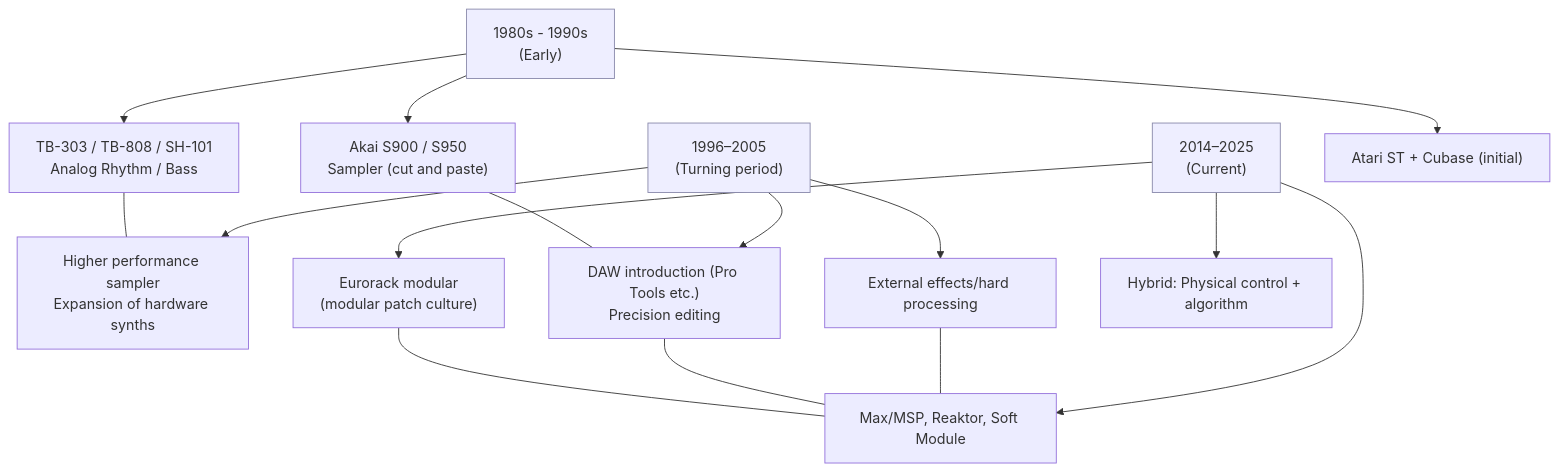
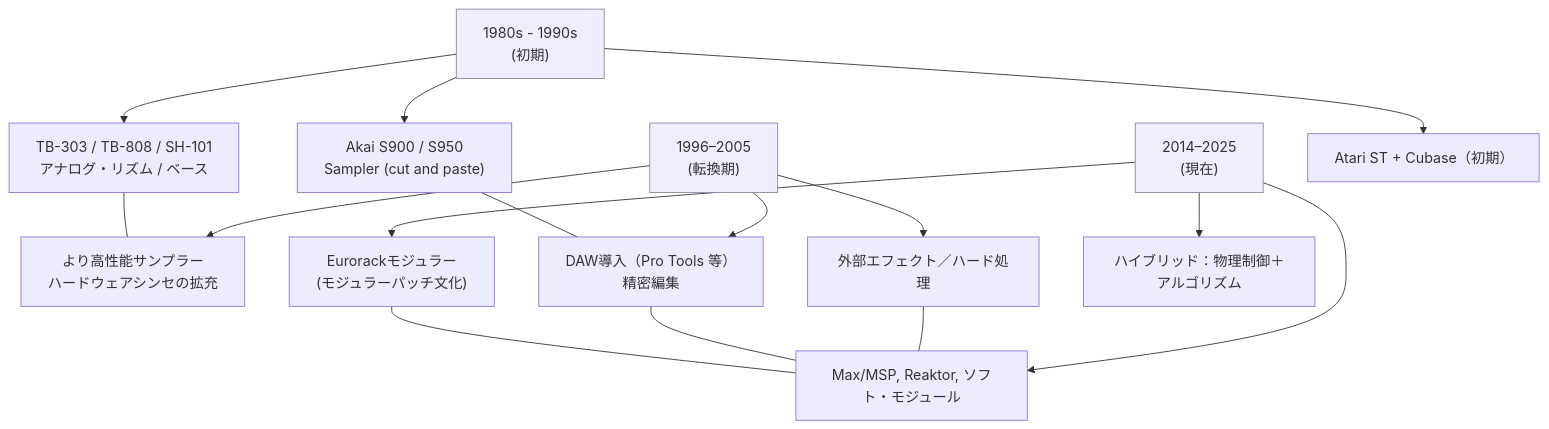
Before and after one commit to monumental-movement/monumental-movement.github.io: the third of 7 diagrams in en/_posts/2025-10-24-column-aphex_twin_evolution.md, drawn with Mermaid. The commit also changed other lines of this file and 2196 other files, not shown here.

```diff
--- a/en/_posts/2025-10-24-column-aphex_twin_evolution.md
+++ b/en/_posts/2025-10-24-column-aphex_twin_evolution.md
@@ -284,34 +283,34 @@
 <div class="mermaid">
 
 flowchart TD
 
 
-  A["1980s - 1990s<br>(Early)"]
-  B["1996–2005<br>(Turning period)"]
-  C["2014–2025<br>(Current)"]
+  A["1980s - 1990s<br>(初期)"]
+  B["1996–2005<br>(転換期)"]
+  C["2014–2025<br>(現在)"]
 
-  A --> A1["TB-303 / TB-808 / SH-101<br>Analog Rhythm / Bass"]
+  A --> A1["TB-303 / TB-808 / SH-101<br>アナログ・リズム / ベース"]
   A --> A2["Akai S900 / S950<br>Sampler (cut and paste)"]
-  A --> A3["Atari ST + Cubase (initial)"]
+  A --> A3["Atari ST + Cubase（初期）"]
 
-  B --> B1["Higher performance sampler<br>Expansion of hardware synths"]
-  B --> B2["DAW introduction (Pro Tools etc.)<br>Precision editing"]
-  B --> B3["External effects/hard processing"]
+  B --> B1["より高性能サンプラー<br>ハードウェアシンセの拡充"]
+  B --> B2["DAW導入（Pro Tools 等）<br>精密編集"]
+  B --> B3["外部エフェクト／ハード処理"]
 
-  C --> C1["Eurorack modular<br>(modular patch culture)"]
-  C --> C2["Max/MSP, Reaktor, Soft Module"]
-  C --> C3["Hybrid: Physical control + algorithm"]
+  C --> C1["Eurorackモジュラー<br>(モジュラーパッチ文化)"]
+  C --> C2["Max/MSP, Reaktor, ソフト・モジュール"]
+  C --> C3["ハイブリッド：物理制御＋アルゴリズム"]
 
 
   A1 --- B1
   A2 --- B2
   B3 --- C2
   B2 --- C2
   C1 --- C2
 
 
   classDef era fill:#eef,stroke:#88a,stroke-width:1px;
   class A,B,C era;
 
 
 </div>
```
